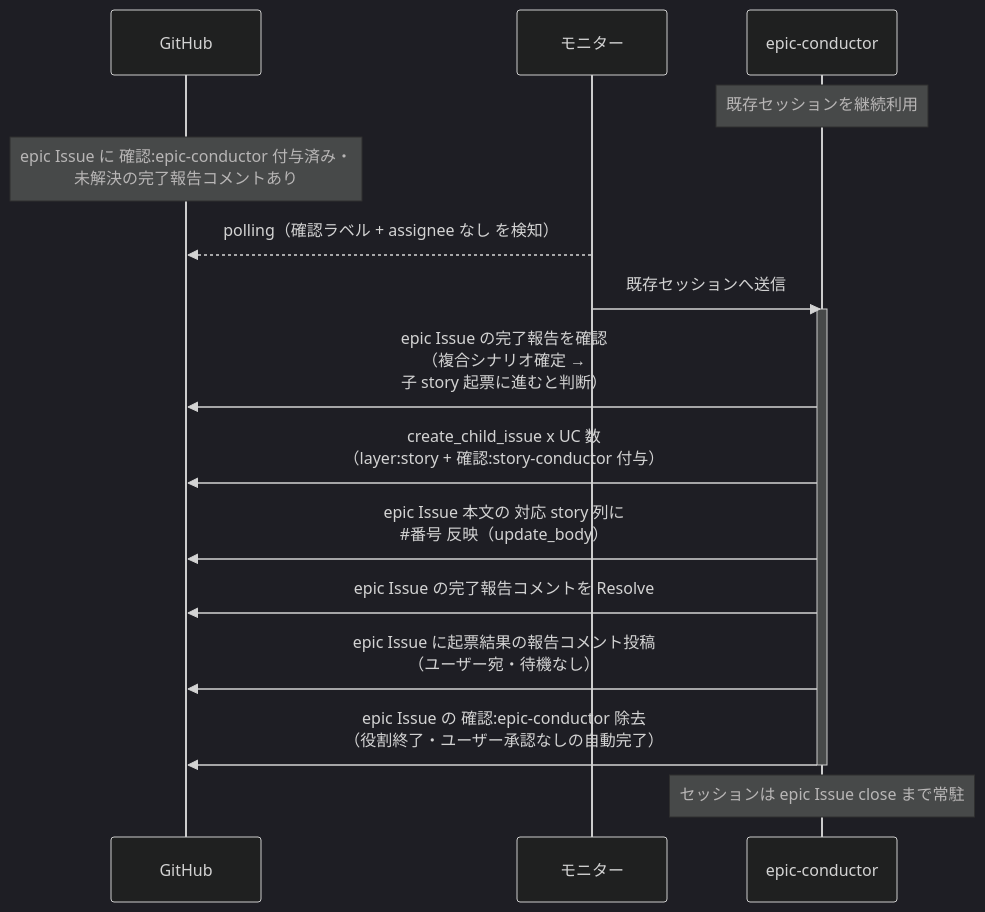
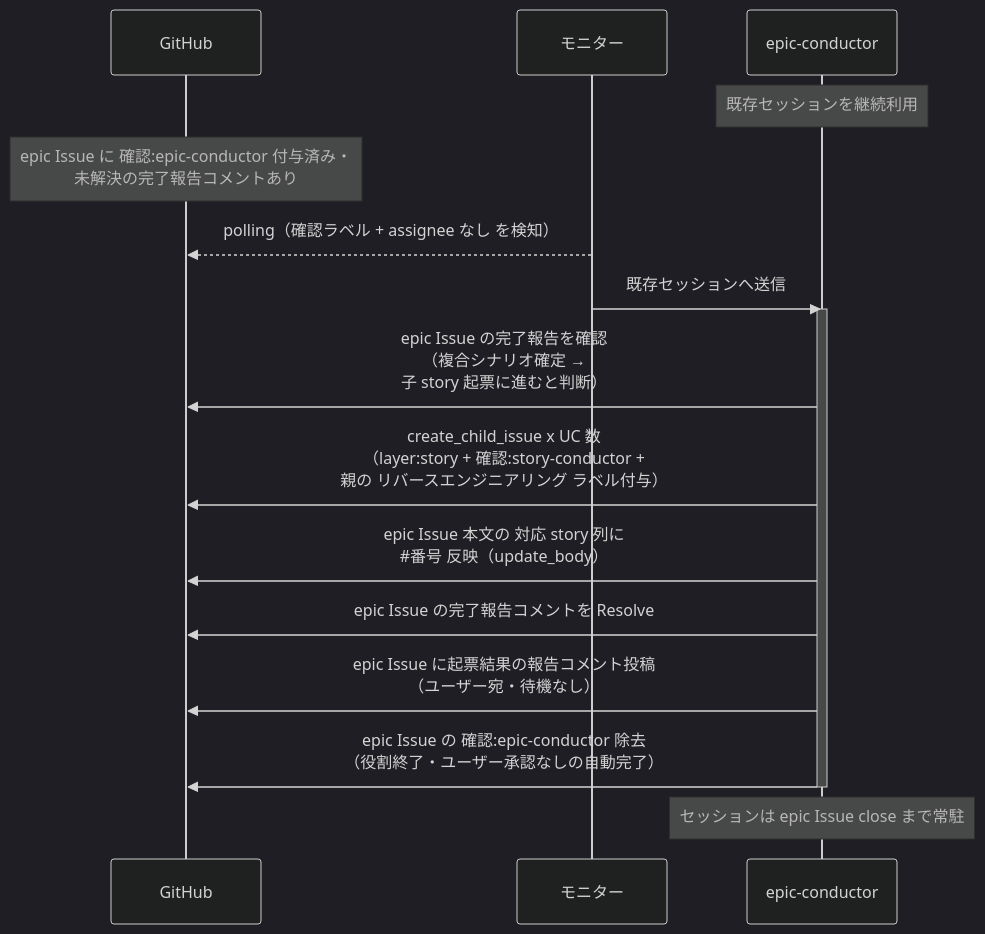
One commit to shuhei1101/ai-monitor changed the diagram in docs/wiki/設計図/シナリオ/単一ユースケース/子story起票.md. Above: the diagram before and after it, drawn with Mermaid (dark theme). The commit also changed other lines of this file and 162 other files, not shown here.

````diff
--- a/docs/wiki/設計図/シナリオ/単一ユースケース/子story起票.md
+++ b/docs/wiki/設計図/シナリオ/単一ユースケース/子story起票.md
@@ -25,20 +27,20 @@
 ```mermaid
 sequenceDiagram
   participant GH as GitHub
   participant ORC as モニター
   participant MON as epic-conductor
 
   Note over MON: 既存セッションを継続利用
   Note over GH: epic Issue に 確認:epic-conductor 付与済み・<br>未解決の完了報告コメントあり
   ORC-->>GH: polling（確認ラベル + assignee なし を検知）
   ORC->>MON: 既存セッションへ送信
   activate MON
   MON->>GH: epic Issue の完了報告を確認<br>（複合シナリオ確定 →<br>子 story 起票に進むと判断）
-  MON->>GH: create_child_issue x UC 数<br>（layer:story + 確認:story-conductor 付与）
+  MON->>GH: create_child_issue x UC 数<br>（layer:story + 確認:story-conductor +<br>親の リバースエンジニアリング ラベル付与）
   MON->>GH: epic Issue 本文の 対応 story 列に<br>#35;番号 反映（update_body）
   MON->>GH: epic Issue の完了報告コメントを Resolve
   MON->>GH: epic Issue に起票結果の報告コメント投稿<br>（ユーザー宛・待機なし）
   MON->>GH: epic Issue の 確認:epic-conductor 除去<br>（役割終了・ユーザー承認なしの自動完了）
   deactivate MON
   Note over MON: セッションは epic Issue close まで常駐
 ```
````
